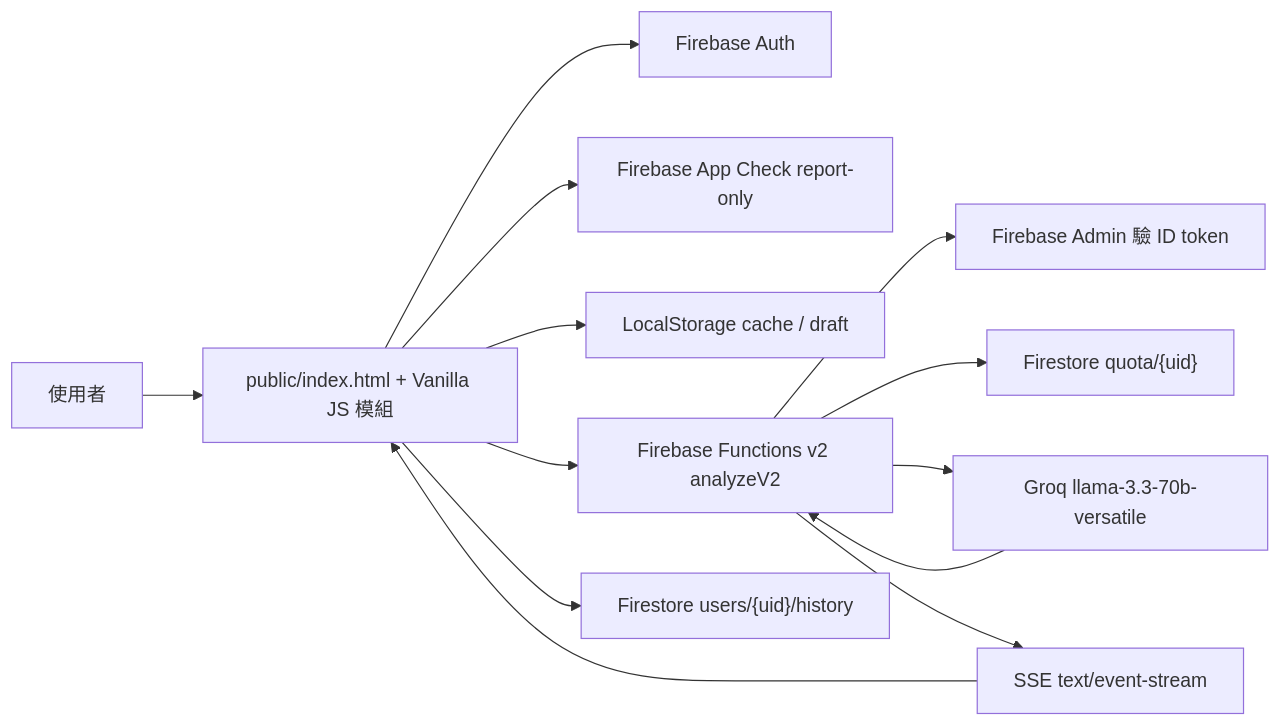
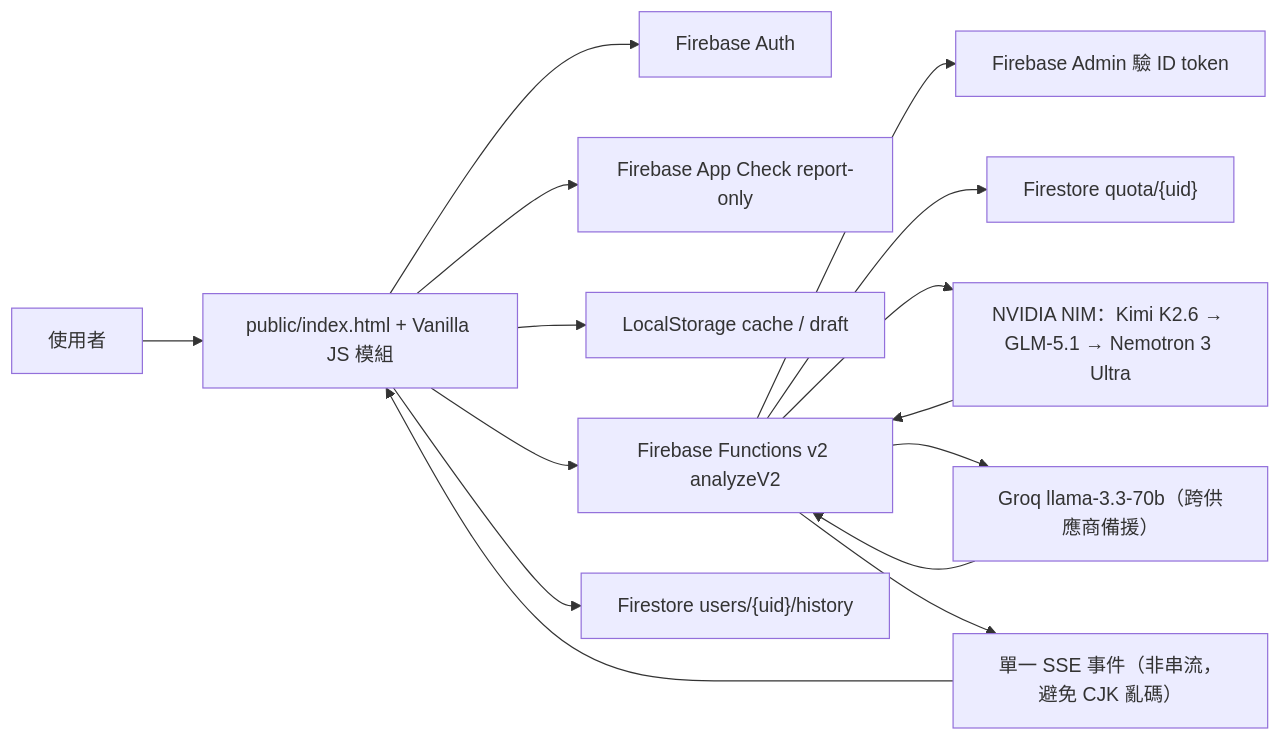
One commit to waydefu/- changed the first of 2 diagrams in README.md. Above: the diagram before and after it, drawn with Mermaid. The commit also changed other lines of this file and 5 other files, not shown here.

First line of the commit message:
refactor: 模組化 LLM 供應商層與審稿控制 + spark-switch 強化 + README 導航圖更新

````diff
--- a/README.md
+++ b/README.md
@@ -56,15 +57,17 @@
 ```mermaid
 flowchart LR
   User["使用者"] --> UI["public/index.html + Vanilla JS 模組"]
   UI --> Auth["Firebase Auth"]
   UI --> AppCheck["Firebase App Check report-only"]
   UI --> Cache["LocalStorage cache / draft"]
   UI --> Fn["Firebase Functions v2 analyzeV2"]
   Fn --> Admin["Firebase Admin 驗 ID token"]
   Fn --> Quota["Firestore quota/{uid}"]
-  Fn --> Groq["Groq llama-3.3-70b-versatile"]
+  Fn --> NIM["NVIDIA NIM：Kimi K2.6 → GLM-5.1 → Nemotron 3 Ultra"]
+  Fn --> Groq["Groq llama-3.3-70b（跨供應商備援）"]
+  NIM --> Fn
   Groq --> Fn
-  Fn --> SSE["SSE text/event-stream"]
+  Fn --> SSE["單一 SSE 事件（非串流，避免 CJK 亂碼）"]
   SSE --> UI
   UI --> History["Firestore users/{uid}/history"]
 ```
````
